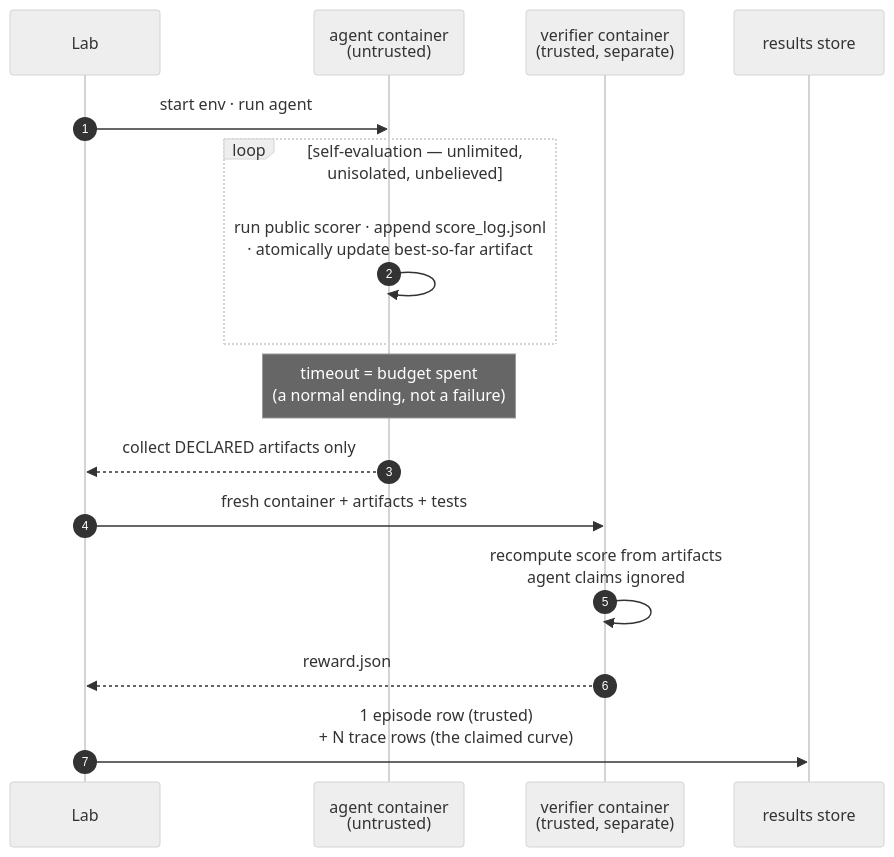
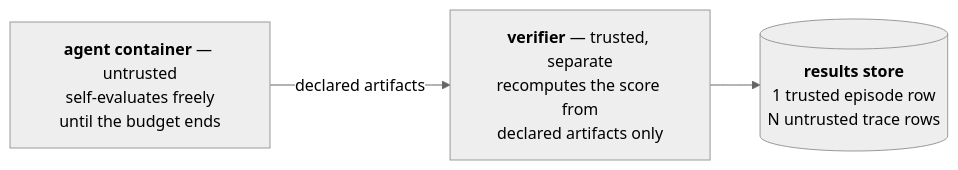
One commit to Human-Agent-Society/tide-eval changed the diagram in README.md. Above: the diagram before and after it, drawn with Mermaid (neutral theme). The commit also changed other lines of this file, not shown here.

First line of the commit message:
docs: tighten README — simple flowchart, 150 lines, links preserved

````diff
--- a/README.md
+++ b/README.md
@@ -35,19 +25,13 @@
 ```mermaid
-sequenceDiagram
-    autonumber
-    participant L as Lab
-    participant A as agent container<br/>(untrusted)
-    participant V as verifier container<br/>(trusted, separate)
-    participant S as results store
-
-    L->>A: start env · run agent
-    loop self-evaluation — unlimited, unisolated, unbelieved
-        A->>A: run public scorer · append score_log.jsonl<br/>· atomically update best-so-far artifact
-    end
-    Note over A: timeout = budget spent<br/>(a normal ending, not a failure)
-    A-->>L: collect DECLARED artifacts only
-    L->>V: fresh container + artifacts + tests
-    V->>V: recompute score from artifacts<br/>agent claims ignored
-    V-->>L: reward.json
-    L->>S: 1 episode row (trusted)<br/>+ N trace rows (the claimed curve)
+flowchart LR
+    A["`**agent container** — untrusted
+    self-evaluates freely
+    until the budget ends`"]
+    V["`**verifier** — trusted, separate
+    recomputes the score from
+    declared artifacts only`"]
+    S[("`**results store**
+    1 trusted episode row
+    N untrusted trace rows`")]
+    A -- "declared artifacts" --> V --> S
 ```
````
